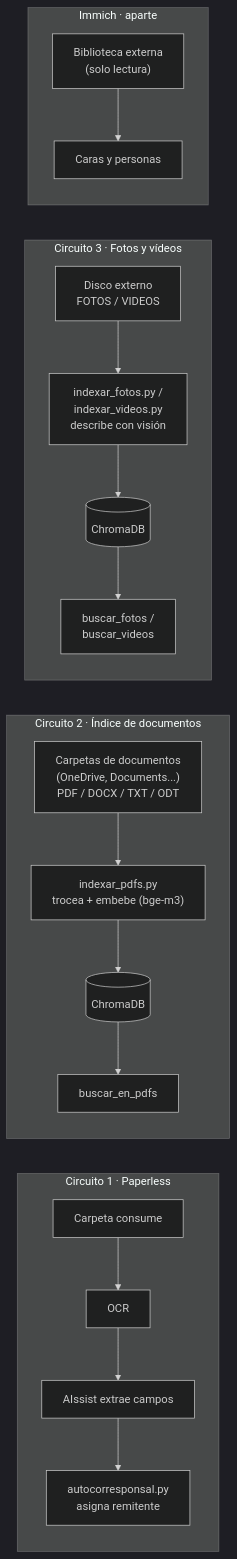
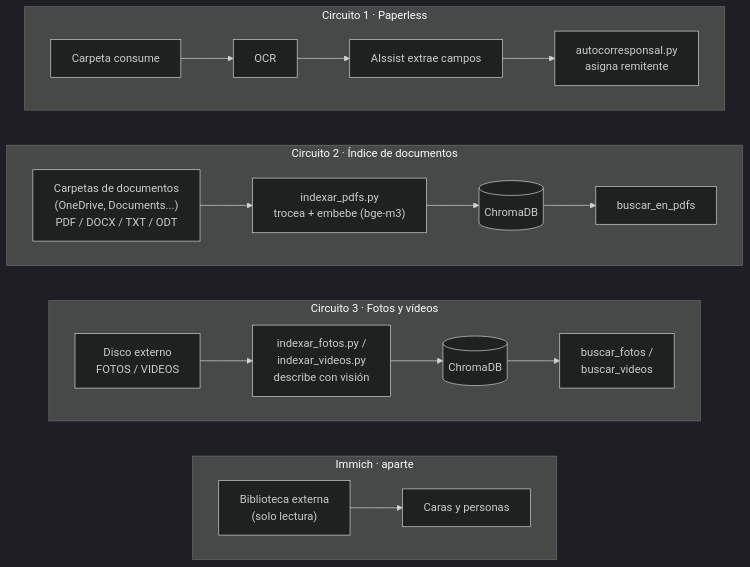
One commit to fwinchi/ia-local-casa changed the diagram in README.md. Above: the diagram before and after it, drawn with Mermaid (dark theme).

Commit message:
Corrige el orden de los circuitos en el diagrama
Mermaid apilaba los cuatro subgrafos desconectados en orden inverso al
de declaración (3, 2, 1, Immich) al renderizar — comprobado
renderizando el bloque exacto del README, no solo leyendo el código
fuente. flowchart LR -> TB con direction LR dentro de cada subgraph
(mantiene el flujo interno horizontal) y aristas invisibles
C1 ~~~ C2 ~~~ C3 ~~~ C4 para fijar el orden real: Paperless, Índice de
documentos, Fotos y vídeos, Immich aparte al final. Sin efectos
visuales colaterales, verificado también renderizando el resultado.

````diff
--- a/README.md
+++ b/README.md
@@ -41,20 +41,26 @@
 ```mermaid
-flowchart LR
+flowchart TB
     subgraph C1["Circuito 1 · Paperless"]
+        direction LR
         A1["Carpeta consume"] --> A2["OCR"] --> A3["AIssist extrae campos"] --> A4["autocorresponsal.py<br>asigna remitente"]
     end
 
     subgraph C2["Circuito 2 · Índice de documentos"]
+        direction LR
         B1["Carpetas de documentos<br>(OneDrive, Documents...)<br>PDF / DOCX / TXT / ODT"] --> B2["indexar_pdfs.py<br>trocea + embebe (bge-m3)"] --> B3[(ChromaDB)]
         B3 --> B4["buscar_en_pdfs"]
     end
 
     subgraph C3["Circuito 3 · Fotos y vídeos"]
+        direction LR
         D1["Disco externo<br>FOTOS / VIDEOS"] --> D2["indexar_fotos.py /<br>indexar_videos.py<br>describe con visión"] --> D3[(ChromaDB)]
         D3 --> D4["buscar_fotos /<br>buscar_videos"]
     end
 
     subgraph C4["Immich · aparte"]
+        direction LR
         E1["Biblioteca externa<br>(solo lectura)"] --> E2["Caras y personas"]
     end
+
+    C1 ~~~ C2 ~~~ C3 ~~~ C4
 ```
````
